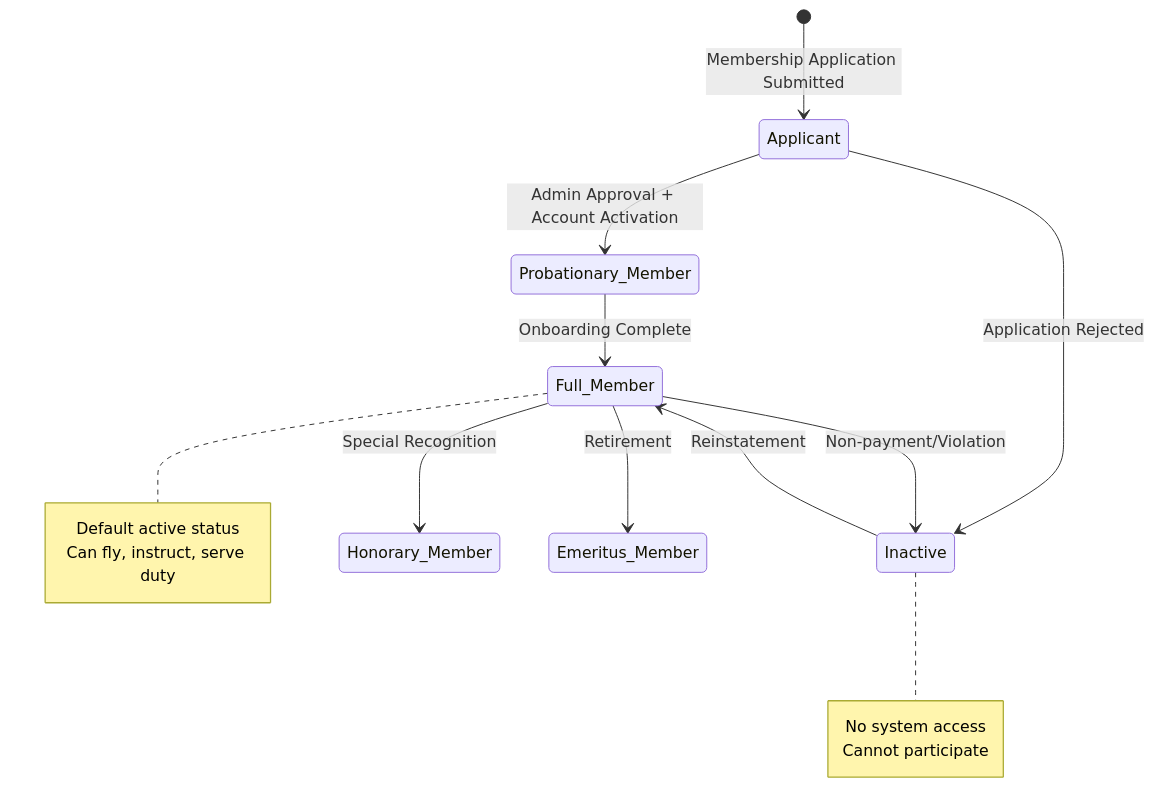
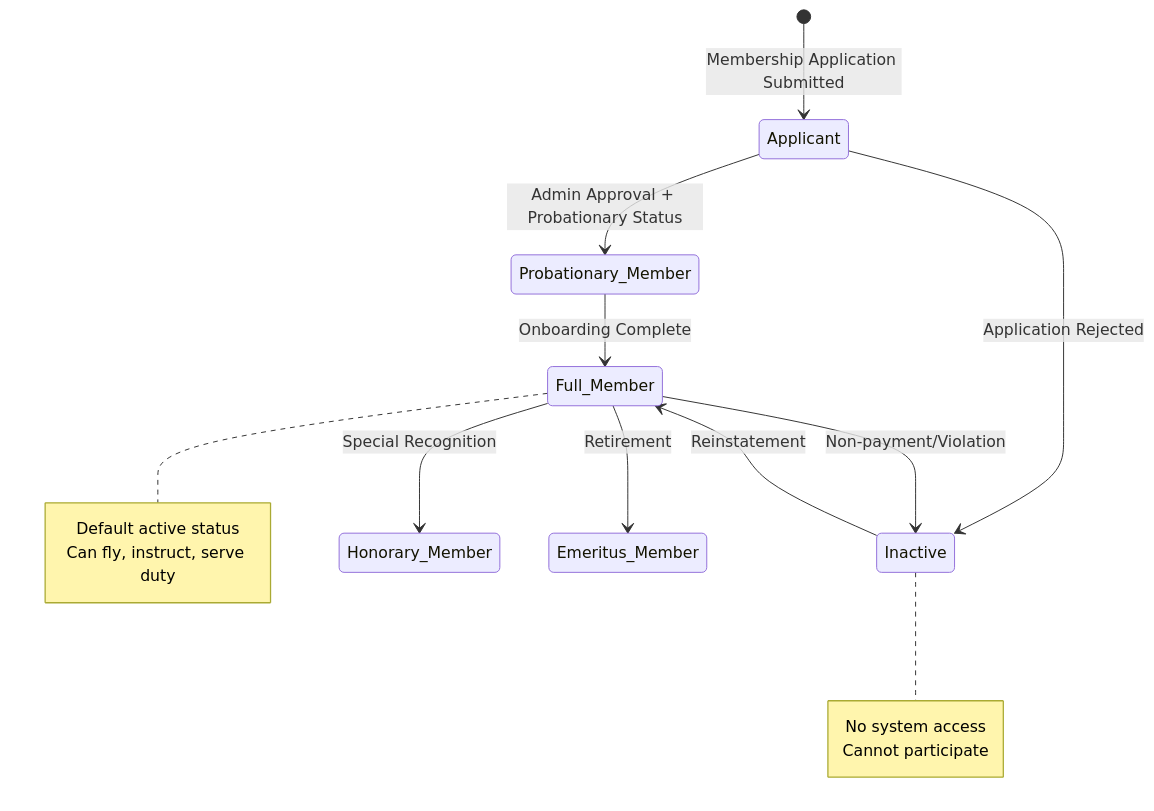
One commit to pietbarber/Manage2Soar changed the third of 6 diagrams in docs/workflows/02-member-lifecycle.md. Above: the diagram before and after it, drawn with Mermaid. The commit also changed 2 other files, not shown here.

Commit message:
docs: resolve latest PR #816 schema/workflow review notes

````diff
--- a/docs/workflows/02-member-lifecycle.md
+++ b/docs/workflows/02-member-lifecycle.md
@@ -135,23 +135,23 @@
 ```mermaid
 stateDiagram-v2
     [*] --> Applicant: Membership Application Submitted
-    Applicant --> Probationary_Member: Admin Approval + Account Activation
+    Applicant --> Probationary_Member: Admin Approval + Probationary Status
     Applicant --> Inactive: Application Rejected
 
     Probationary_Member --> Full_Member: Onboarding Complete
     Full_Member --> Honorary_Member: Special Recognition
     Full_Member --> Emeritus_Member: Retirement
 
     Full_Member --> Inactive: Non-payment/Violation
     Inactive --> Full_Member: Reinstatement
 
     note right of Full_Member
         Default active status
         Can fly, instruct, serve duty
     end note
 
     note right of Inactive
         No system access
         Cannot participate
     end note
 ```
````
